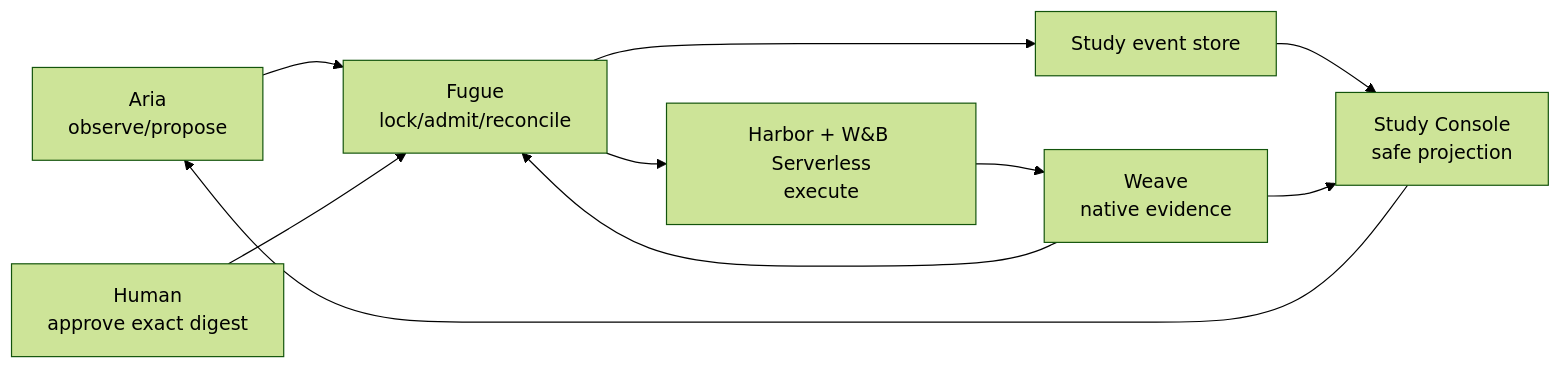
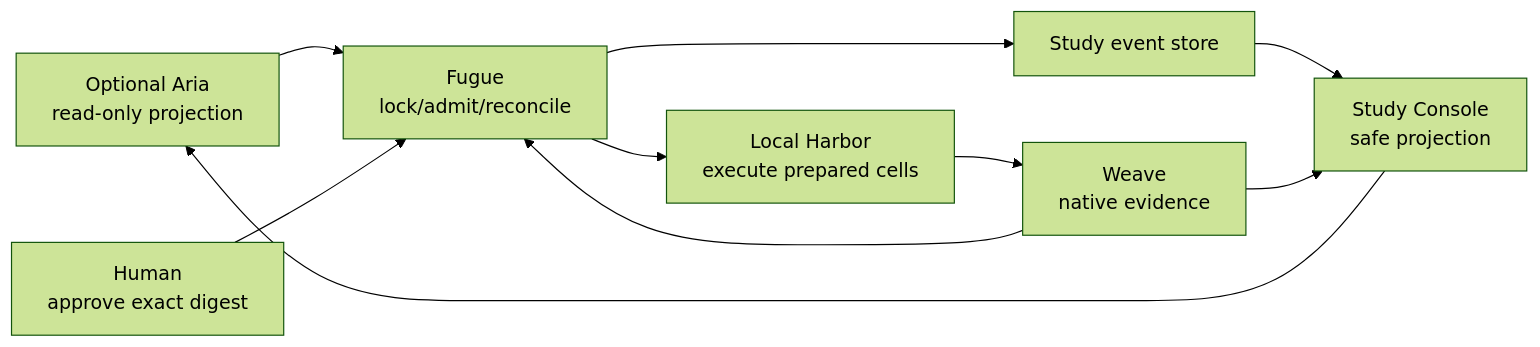
Before and after one commit to ash0ts/fugue: the second of 3 diagrams in docs/articles/fugue-agentic-software-factory/fugue-4a-telemetry-is-not-evaluation/article.md, drawn with Mermaid (forest theme). The commit also changed other lines of this file and 104 other files, not shown here.

````diff
--- a/docs/articles/fugue-agentic-software-factory/fugue-4a-telemetry-is-not-evaluation/article.md
+++ b/docs/articles/fugue-agentic-software-factory/fugue-4a-telemetry-is-not-evaluation/article.md
@@ -170,12 +175,12 @@
 ```mermaid
 flowchart LR
-    A["Aria<br/>observe/propose"] --> F["Fugue<br/>lock/admit/reconcile"]
+    A["Optional Aria<br/>read-only projection"] --> F["Fugue<br/>lock/admit/reconcile"]
     H["Human<br/>approve exact digest"] --> F
-    F --> S["Harbor + W&B Serverless<br/>execute"]
+    F --> S["Local Harbor<br/>execute prepared cells"]
     S --> W["Weave<br/>native evidence"]
     F --> E["Study event store"]
     W --> F
     E --> C["Study Console<br/>safe projection"]
     W --> C
     C --> A
 ```
````
